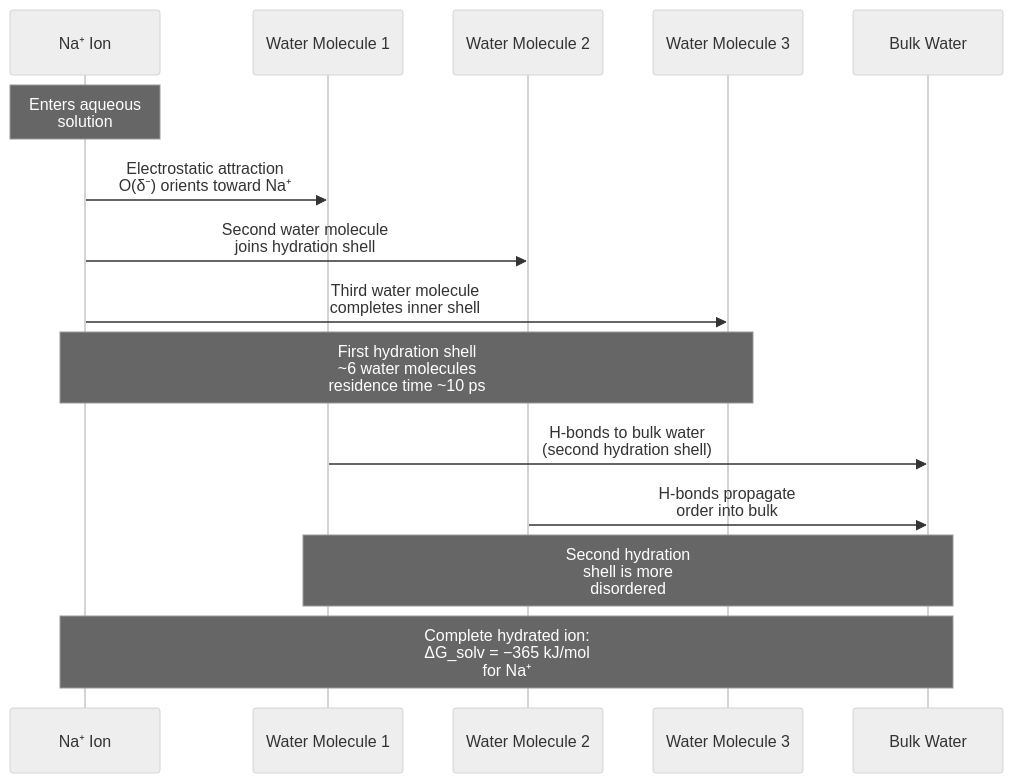
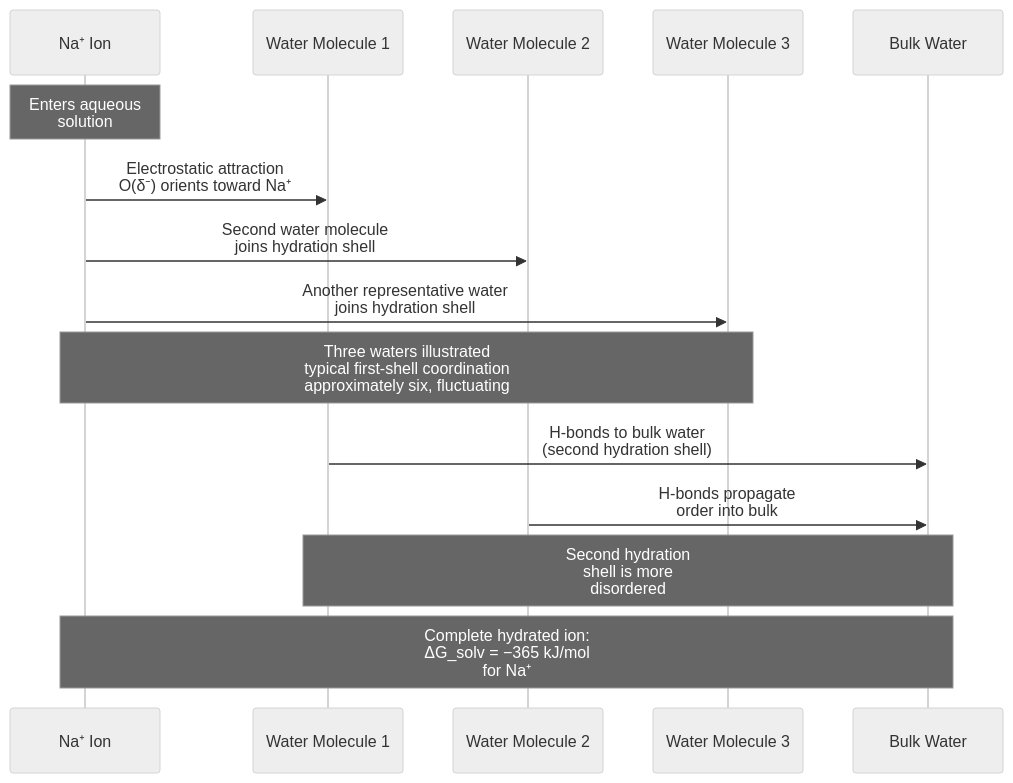
The second of 3 diagrams in docs/manuscript/unit_I/water_and_life.md (docxology/biology_textbook), drawn with Mermaid (neutral theme) before and after one commit. The commit also changed other lines of this file and 444 other files, not shown here.

````diff
--- a/docs/manuscript/unit_I/water_and_life.md
+++ b/docs/manuscript/unit_I/water_and_life.md
@@ -211,18 +211,18 @@
 ```mermaid
 sequenceDiagram
     participant Ion as Na⁺ Ion
     participant W1 as Water Molecule 1
     participant W2 as Water Molecule 2
     participant W3 as Water Molecule 3
     participant Bulk as Bulk Water
 
     Note over Ion: Enters aqueous<br/>solution
     Ion->>W1: Electrostatic attraction<br/>O(δ⁻) orients toward Na⁺
     Ion->>W2: Second water molecule<br/>joins hydration shell
-    Ion->>W3: Third water molecule<br/>completes inner shell
-    Note over Ion,W3: First hydration shell<br/>~6 water molecules<br/>residence time ~10 ps
+    Ion->>W3: Another representative water<br/>joins hydration shell
+    Note over Ion,W3: Three waters illustrated<br/>typical first-shell coordination<br/>approximately six, fluctuating
     W1->>Bulk: H-bonds to bulk water<br/>(second hydration shell)
     W2->>Bulk: H-bonds propagate<br/>order into bulk
     Note over W1,Bulk: Second hydration<br/>shell is more<br/>disordered
     Note over Ion,Bulk: Complete hydrated ion:<br/>ΔG_solv = −365 kJ/mol<br/>for Na⁺
 ```
````
